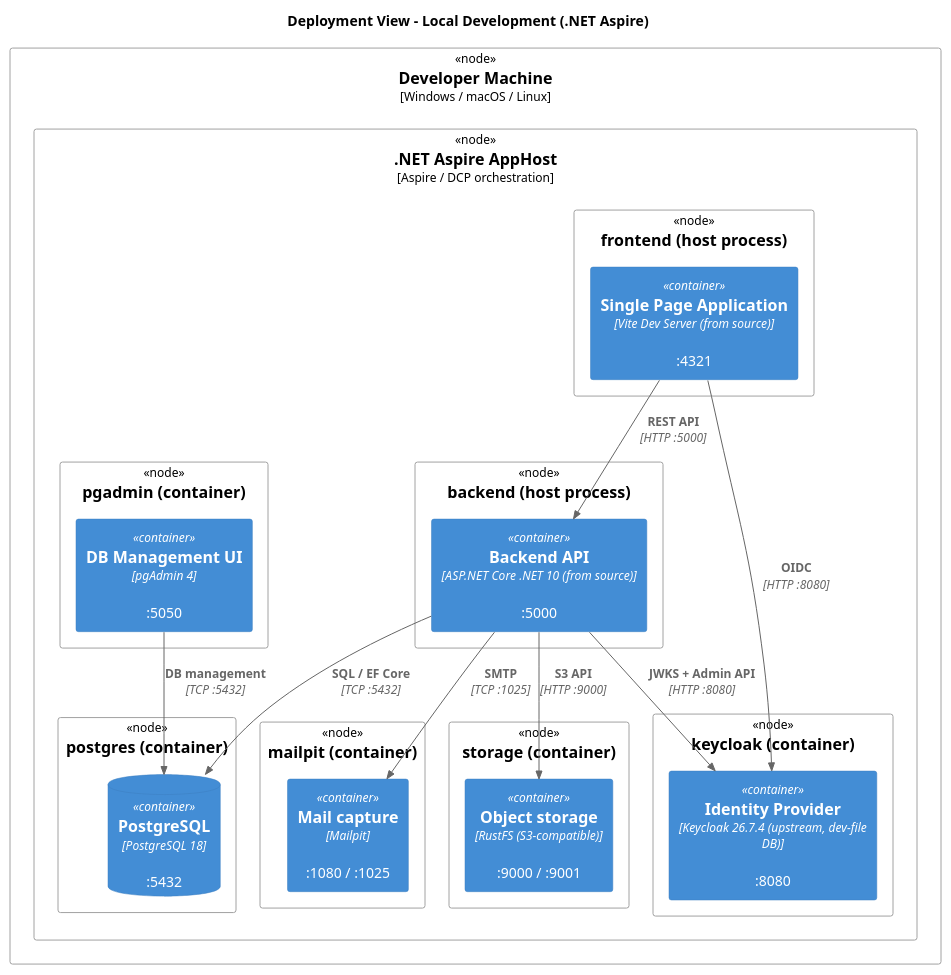
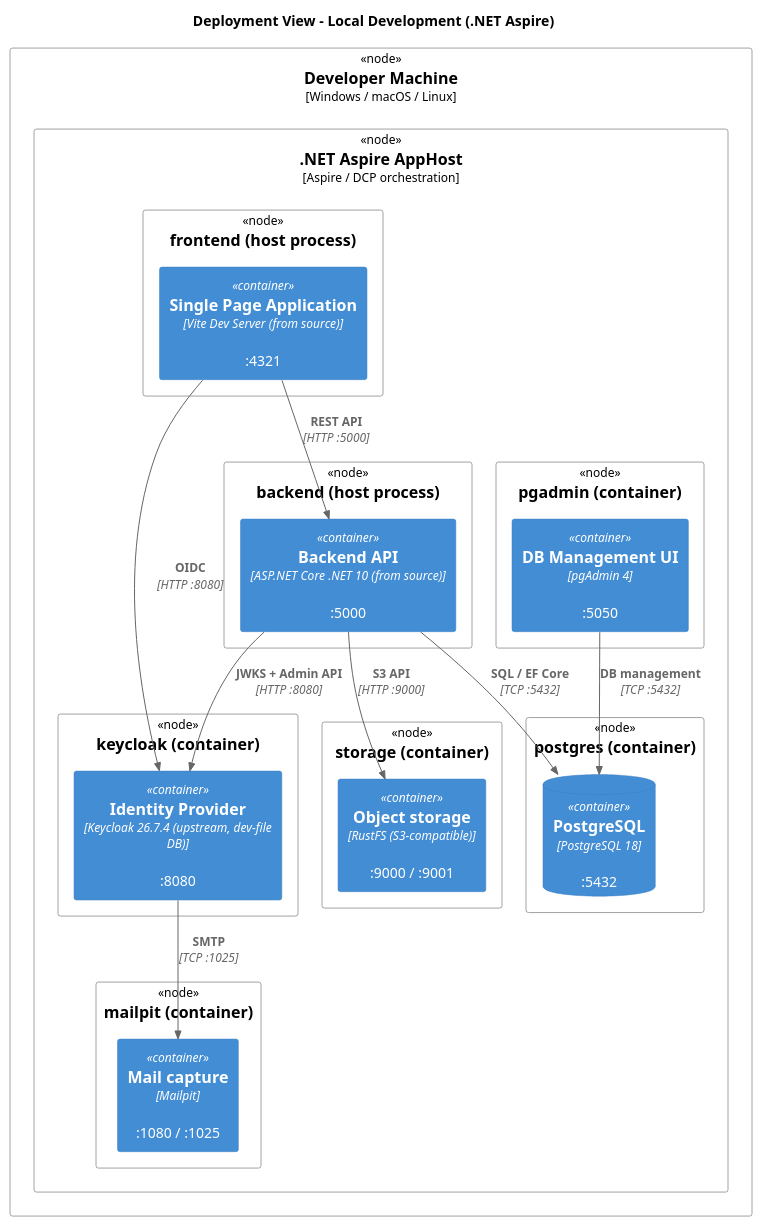
The diagram in docs/Architecture/images/deployment-local.puml (maik-hasler/afunto), drawn with PlantUML before and after one commit. The commit also changed 165 other files, not shown here.

```diff
--- a/docs/Architecture/images/deployment-local.puml
+++ b/docs/Architecture/images/deployment-local.puml
@@ -1,48 +1,48 @@
 @startuml Local Development Deployment
 
 !include <C4/C4_Deployment>
 
 title Deployment View - Local Development (.NET Aspire)
 
 Deployment_Node(machine, "Developer Machine", "Windows / macOS / Linux") {
 	Deployment_Node(aspire, ".NET Aspire AppHost", "Aspire / DCP orchestration") {
 
 		Deployment_Node(frontend_node, "frontend (host process)") {
 			Container(frontend, "Single Page Application", "Vite Dev Server (from source)", ":4321")
 		}
 
 		Deployment_Node(backend_node, "backend (host process)") {
 			Container(backend, "Backend API", "ASP.NET Core .NET 10 (from source)", ":5000")
 		}
 
 		Deployment_Node(keycloak_node, "keycloak (container)") {
 			Container(keycloak, "Identity Provider", "Keycloak 26.7.4 (upstream, dev-file DB)", ":8080")
 		}
 
 		Deployment_Node(postgres_node, "postgres (container)") {
 			ContainerDb(postgres, "PostgreSQL", "PostgreSQL 18", ":5432")
 		}
 
 		Deployment_Node(pgadmin_node, "pgadmin (container)") {
 			Container(pgadmin, "DB Management UI", "pgAdmin 4", ":5050")
 		}
 
 		Deployment_Node(mailpit_node, "mailpit (container)") {
 			Container(mailpit, "Mail capture", "Mailpit", ":1080 / :1025")
 		}
 
 		Deployment_Node(storage_node, "storage (container)") {
 			Container(storage, "Object storage", "RustFS (S3-compatible)", ":9000 / :9001")
 		}
 	}
 }
 
 Rel(frontend, backend, "REST API", "HTTP :5000")
 Rel(frontend, keycloak, "OIDC", "HTTP :8080")
 Rel(backend, postgres, "SQL / EF Core", "TCP :5432")
 Rel(backend, keycloak, "JWKS + Admin API", "HTTP :8080")
-Rel(backend, mailpit, "SMTP", "TCP :1025")
+Rel(keycloak, mailpit, "SMTP", "TCP :1025")
 Rel(backend, storage, "S3 API", "HTTP :9000")
 Rel(pgadmin, postgres, "DB management", "TCP :5432")
 
 @enduml
```
